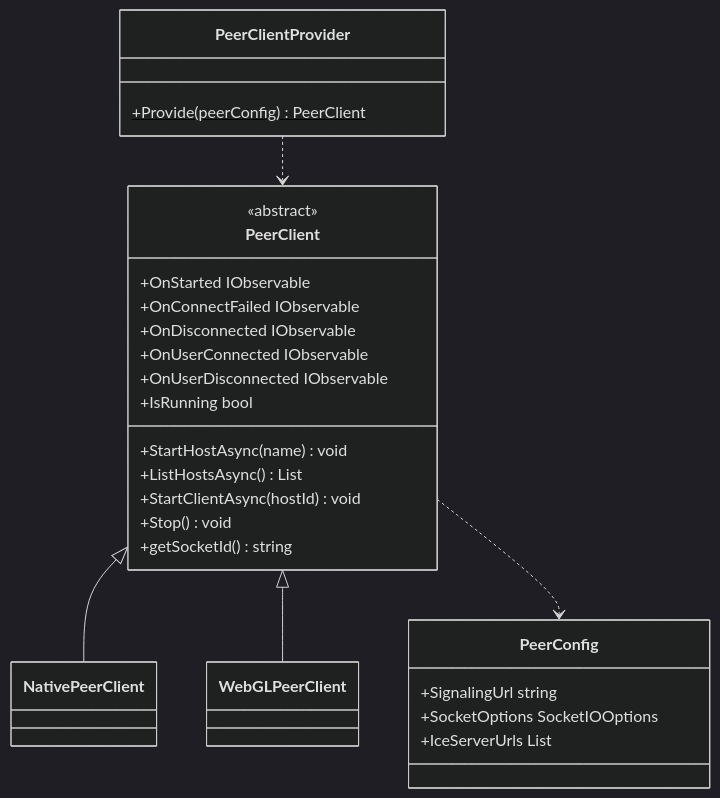
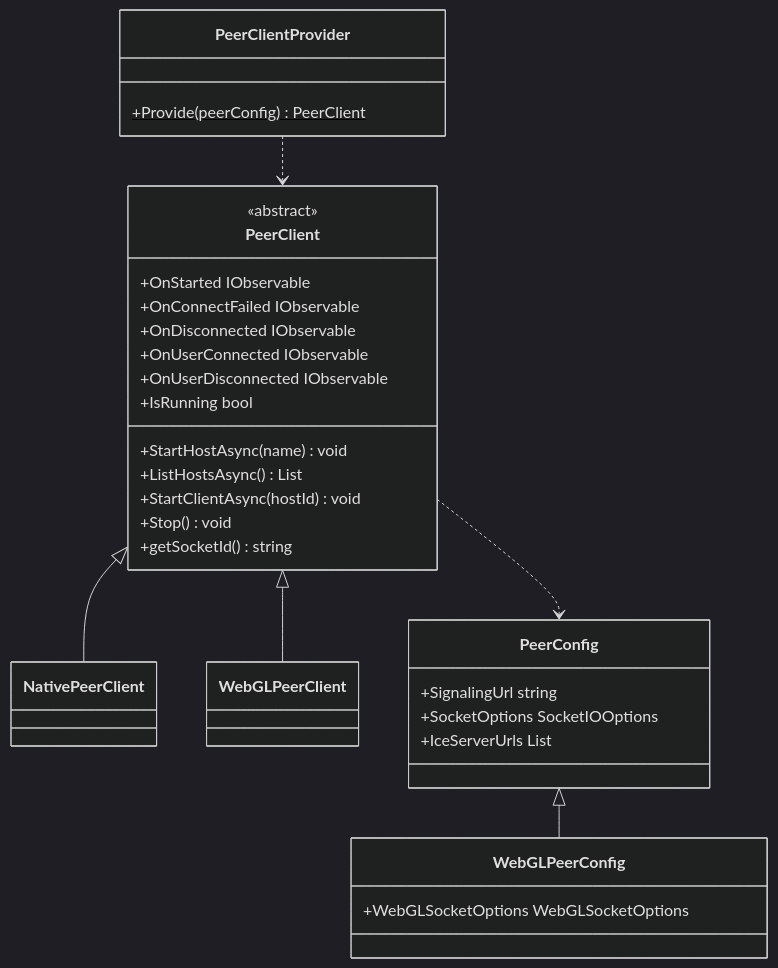
Before and after one commit to extreal-dev/Extreal.Guide: the first of 3 diagrams in i18n/en/docusaurus-plugin-content-docs/current/integration/p2p.webrtc.md, drawn with Mermaid (dark theme). The commit also changed other lines of this file and 3 other files, not shown here.

````diff
--- a/i18n/en/docusaurus-plugin-content-docs/current/integration/p2p.webrtc.md
+++ b/i18n/en/docusaurus-plugin-content-docs/current/integration/p2p.webrtc.md
@@ -27,39 +28,44 @@
 ```mermaid
 classDiagram
 
     PeerClientProvider ..> PeerClient
     PeerClient <|-- NativePeerClient
     PeerClient <|-- WebGLPeerClient
     PeerClient ..> PeerConfig
+    PeerConfig <|-- WebGLPeerConfig
 
     class PeerClientProvider {
         +Provide(peerConfig)$ PeerClient
     }
     
     class PeerClient {
         <<abstract>>
         +OnStarted IObservable
         +OnConnectFailed IObservable
         +OnDisconnected IObservable
         +OnUserConnected IObservable
         +OnUserDisconnected IObservable
         +IsRunning bool
         +StartHostAsync(name) void
         +ListHostsAsync() List
         +StartClientAsync(hostId) void
         +Stop() void
         +getSocketId() string
     }
     
     class PeerConfig {
         +SignalingUrl string
         +SocketOptions SocketIOOptions
         +IceServerUrls List
     }
 
     class NativePeerClient {
     }
     
     class WebGLPeerClient {
     }
+
+    class WebGLPeerConfig {
+        +WebGLSocketOptions WebGLSocketOptions
+    }
 ```
````
